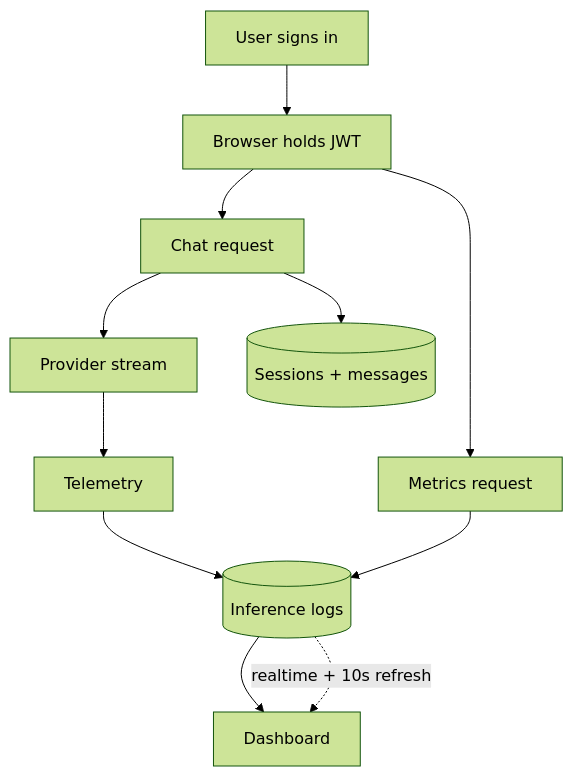
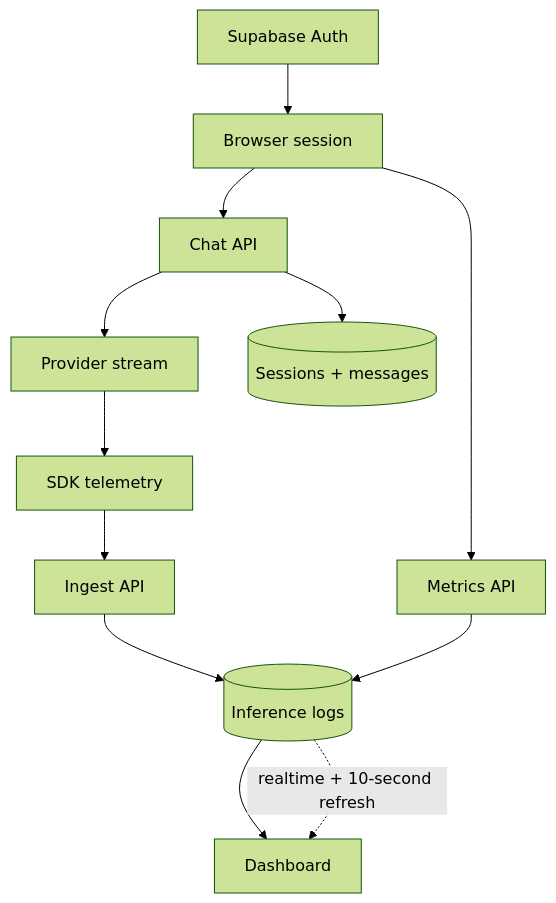
Before and after one commit to Ankesh-Singh/t7.chat: the diagram in How It Worked.md, drawn with Mermaid (forest theme). The commit also changed other lines of this file, not shown here.

Commit message:
docs: expand production architecture notes

````diff
--- a/How It Worked.md
+++ b/How It Worked.md
@@ -5,13 +7,14 @@
 ```mermaid
 flowchart TB
-  A["User signs in"] --> B["Browser holds JWT"]
-  B --> C["Chat request"]
-  C --> D["Provider stream"]
-  C --> E[("Sessions + messages")]
-  D --> F["Telemetry"]
-  F --> G[("Inference logs")]
-  B --> H["Metrics request"]
-  H --> G
-  G --> I["Dashboard"]
-  G -. "realtime + 10s refresh" .-> I
+  Auth["Supabase Auth"] --> Browser["Browser session"]
+  Browser --> Chat["Chat API"]
+  Chat --> Provider["Provider stream"]
+  Chat --> Sessions[("Sessions + messages")]
+  Provider --> Telemetry["SDK telemetry"]
+  Telemetry --> Ingest["Ingest API"]
+  Ingest --> Logs[("Inference logs")]
+  Browser --> Metrics["Metrics API"]
+  Metrics --> Logs
+  Logs --> Dashboard["Dashboard"]
+  Logs -. "realtime + 10-second refresh" .-> Dashboard
 ```
````
